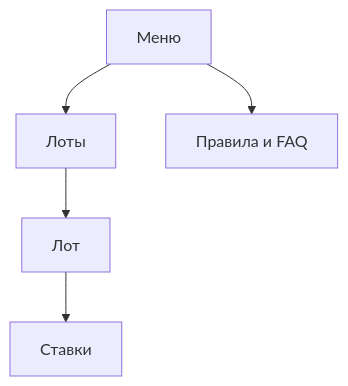
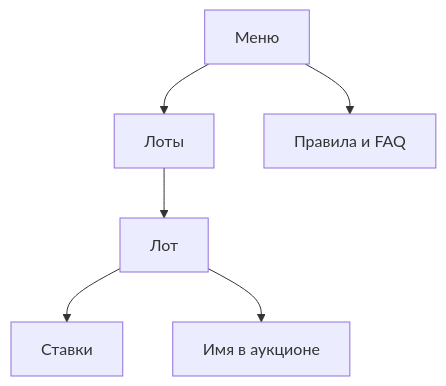
The second of 2 diagrams in docs/design/bot/design-code.md (Solguficky/solguficky-hub), drawn with Mermaid before and after one commit. The commit also changed other lines of this file and 68 other files, not shown here.

````diff
--- a/docs/design/bot/design-code.md
+++ b/docs/design/bot/design-code.md
@@ -77,8 +77,9 @@
 ```mermaid
 flowchart TD
     menu[Меню]
     menu --> feed[Лоты]
     menu --> faq[Правила и FAQ]
     feed --> lot[Лот]
     lot --> history[Ставки]
+    lot --> name[Имя в аукционе]
 ```
````
